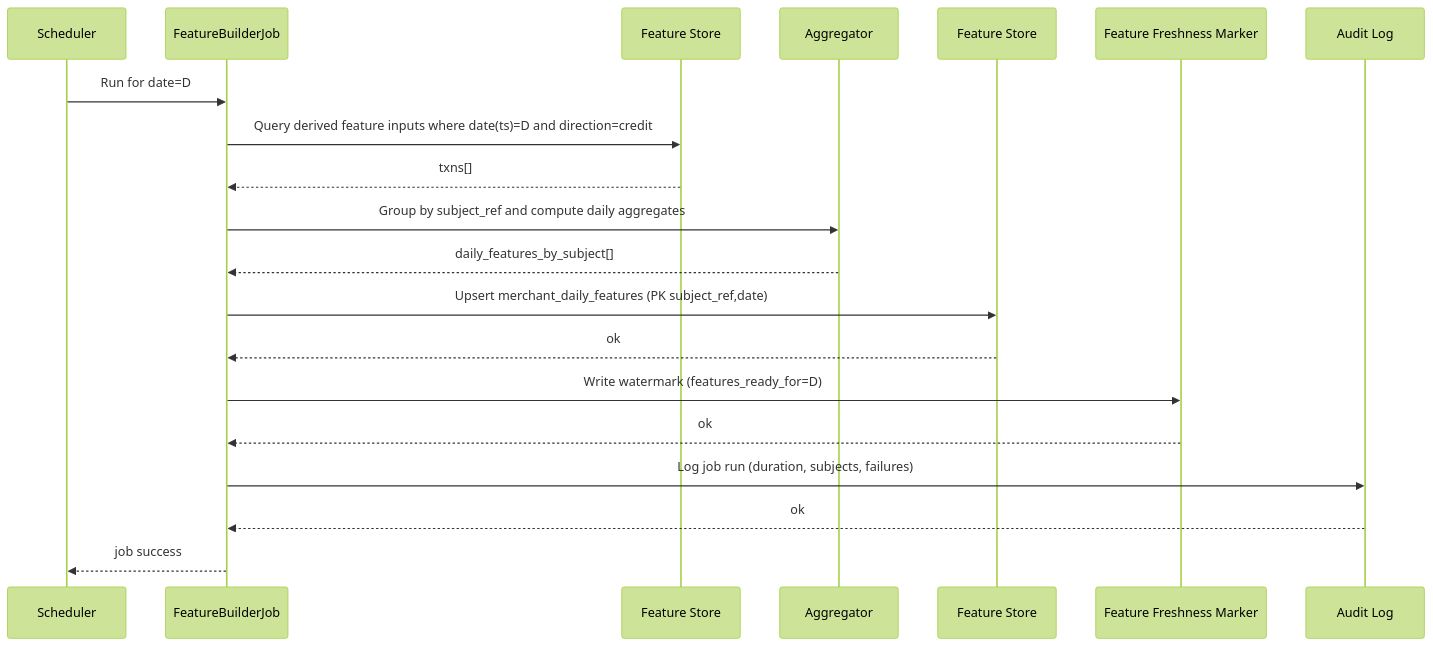
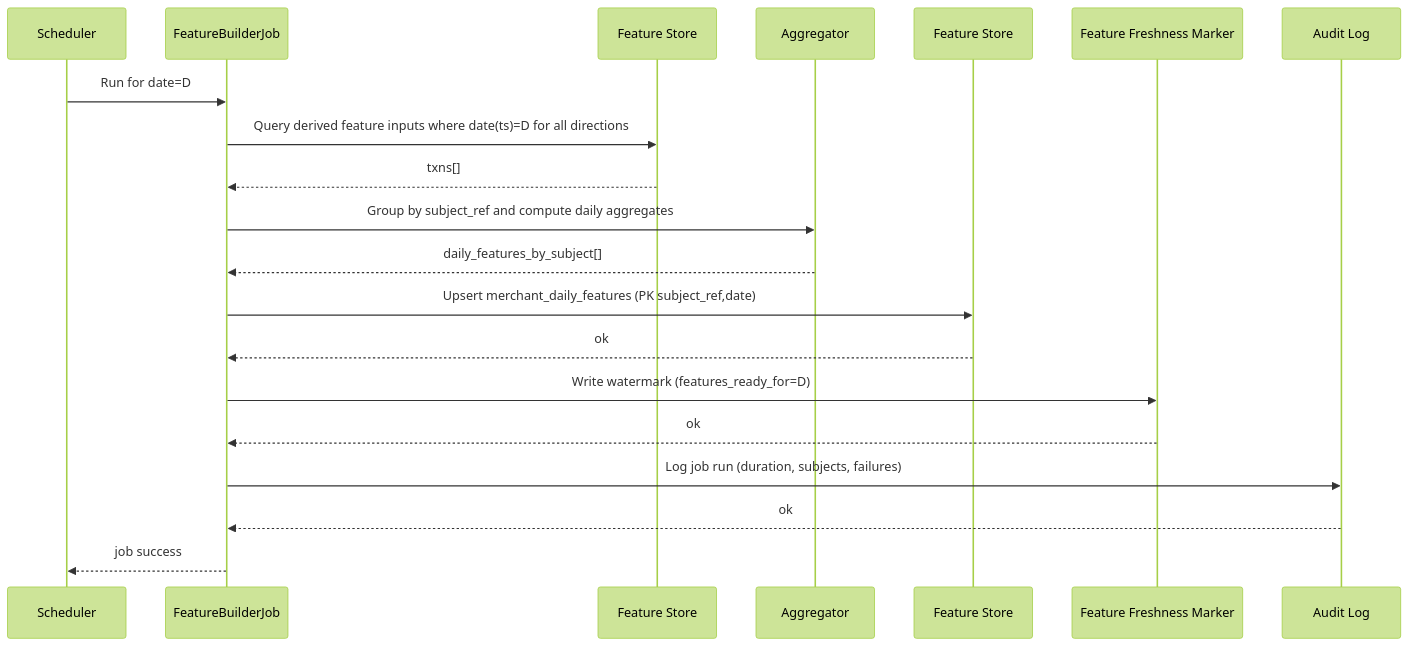
One commit to shashankcheema/cash-lending changed the ninth of 12 diagrams in docs/tdd/06_diagrams_canonical.md. Above: the diagram before and after it, drawn with Mermaid (forest theme). The commit also changed 2 other files, not shown here.

Commit message:
modified canonical dia

````diff
--- a/docs/tdd/06_diagrams_canonical.md
+++ b/docs/tdd/06_diagrams_canonical.md
@@ -290,23 +290,23 @@
 ```mermaid
 sequenceDiagram
 participant J as Scheduler
 participant FB as FeatureBuilderJob
 participant T as Feature Store
 participant AG as Aggregator
 participant FS as Feature Store
 participant M as Feature Freshness Marker
 participant AU as Audit Log
 
 J->>FB: Run for date=D
-FB->>T: Query derived feature inputs where date(ts)=D and direction=credit
+FB->>T: Query derived feature inputs where date(ts)=D for all directions
 T-->>FB: txns[]
 FB->>AG: Group by subject_ref and compute daily aggregates
 AG-->>FB: daily_features_by_subject[]
 FB->>FS: Upsert merchant_daily_features (PK subject_ref,date)
 FS-->>FB: ok
 FB->>M: Write watermark (features_ready_for=D)
 M-->>FB: ok
 FB->>AU: Log job run (duration, subjects, failures)
 AU-->>FB: ok
 FB-->>J: job success
 ```
````
